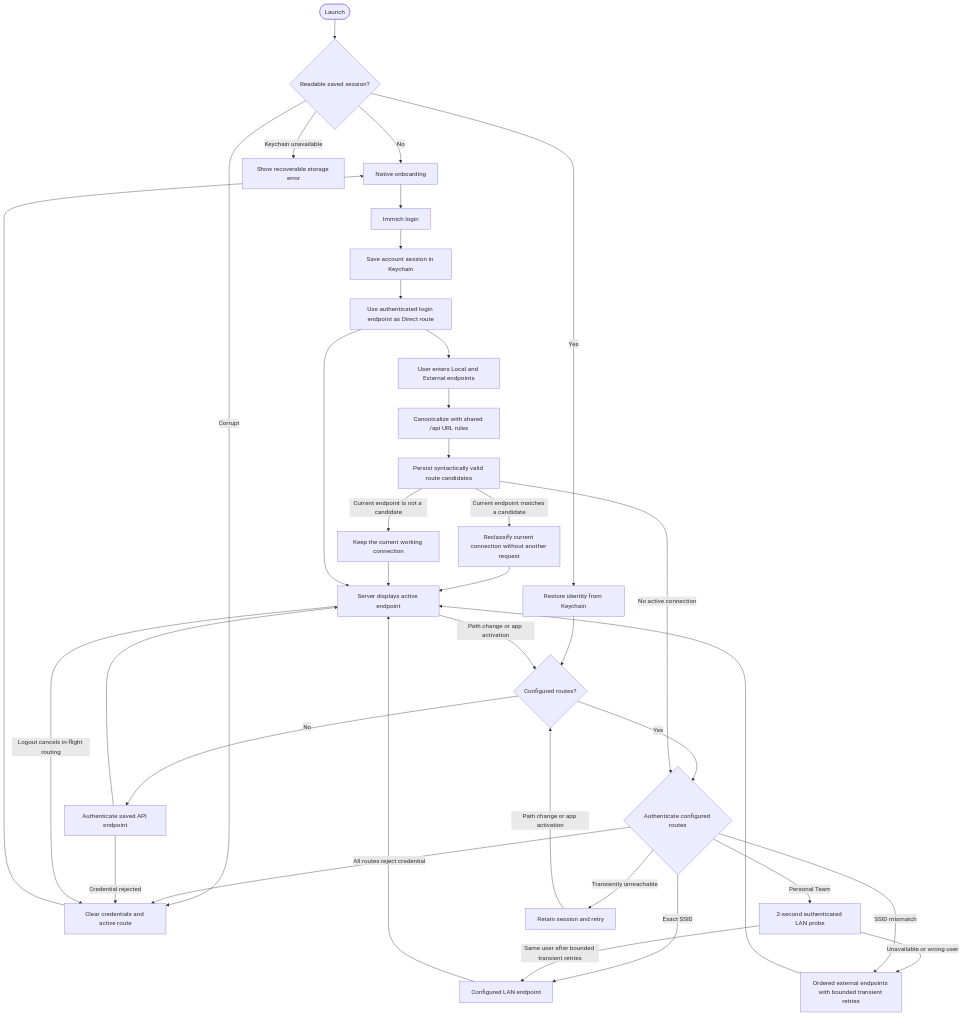
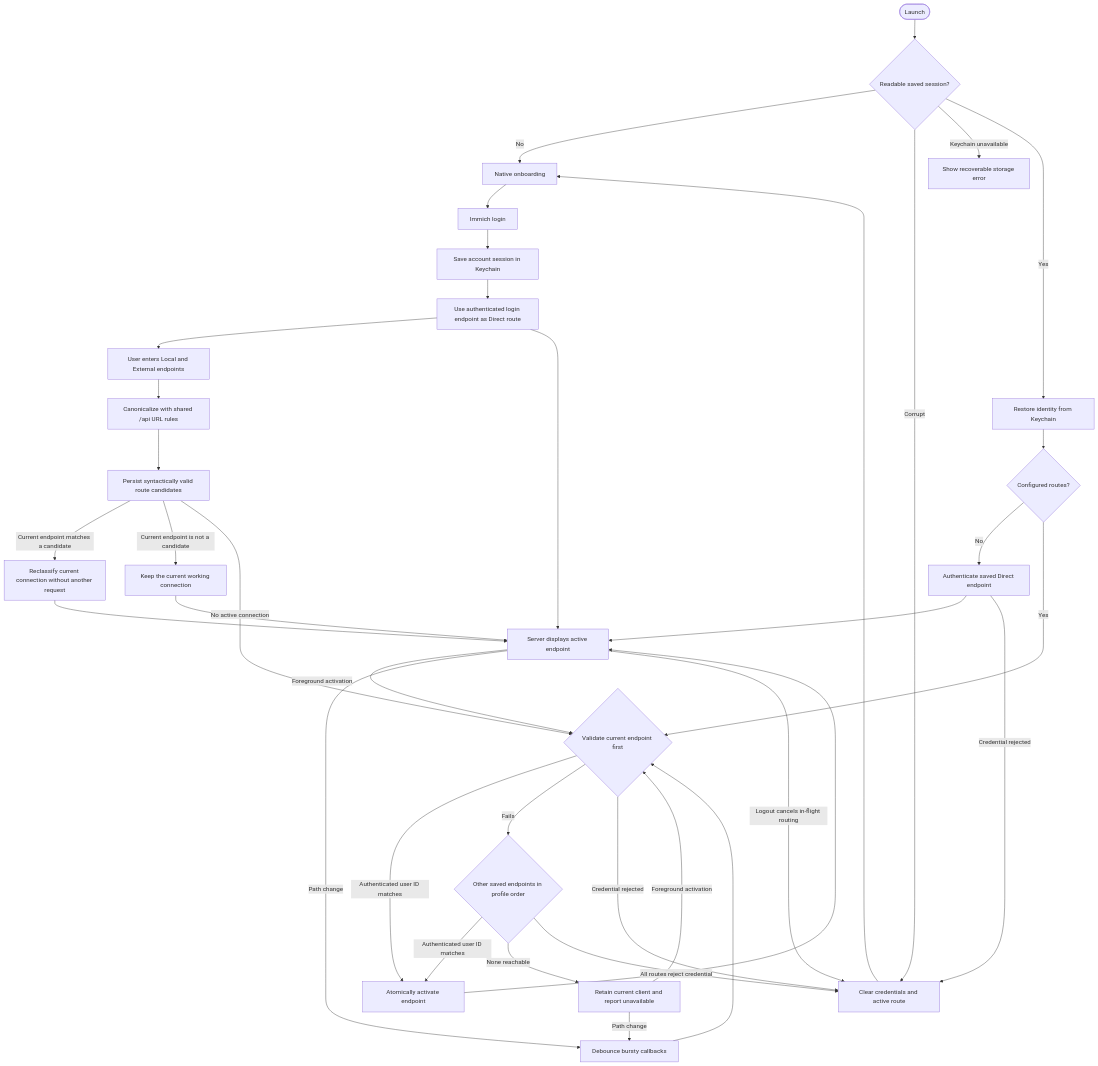
Before and after one commit to Ender-Wang/Remmich: the diagram in README.md, drawn with Mermaid. The commit also changed other lines of this file, not shown here.

Commit message:
docs: mark M2 routing as device-verified

````diff
--- a/README.md
+++ b/README.md
@@ -38,41 +38,42 @@
 ```mermaid
 flowchart TD
     Launch([Launch]) --> Session{Readable saved session?}
     Session -->|No| Onboarding[Native onboarding]
     Session -->|Corrupt| Purge[Clear credentials and active route]
     Session -->|Keychain unavailable| StorageError[Show recoverable storage error]
     Onboarding --> Login[Immich login]
     Session -->|Yes| Restore[Restore identity from Keychain]
     Login --> Save[Save account session in Keychain]
     Save --> Direct[Use authenticated login endpoint as Direct route]
     Restore --> Profile{Configured routes?}
 
-    Profile -->|No| RestoreDirect[Authenticate saved API endpoint]
-    Profile -->|Yes| Route{Authenticate configured routes}
+    Profile -->|No| RestoreDirect[Authenticate saved Direct endpoint]
+    Profile -->|Yes| Evaluate{Validate current endpoint first}
     Direct --> Configure[User enters Local and External endpoints]
     Configure --> Normalize[Canonicalize with shared /api URL rules]
     Normalize --> Persist[Persist syntactically valid route candidates]
     Persist -->|Current endpoint matches a candidate| Classify[Reclassify current connection without another request]
     Persist -->|Current endpoint is not a candidate| Keep[Keep the current working connection]
-    Persist -->|No active connection| Route
-    Classify --> Active
+    Persist -->|No active connection| Evaluate
+    Classify --> Active[Server displays active endpoint]
     Keep --> Active
     RestoreDirect --> Active
-    Route -->|Exact SSID| LAN[Configured LAN endpoint]
-    Route -->|Personal Team| Probe[2-second authenticated LAN probe]
-    Probe -->|Same user after bounded transient retries| LAN
-    Probe -->|Unavailable or wrong user| External[Ordered external endpoints with bounded transient retries]
-    Route -->|SSID mismatch| External
-    Route -->|Transiently unreachable| Offline[Retain session and retry]
-    Route -->|All routes reject credential| Purge
+    Evaluate -->|Authenticated user ID matches| Activate[Atomically activate endpoint]
+    Evaluate -->|Fails| Next{Other saved endpoints in profile order}
+    Next -->|Authenticated user ID matches| Activate
+    Next -->|None reachable| Offline[Retain current client and report unavailable]
+    Evaluate -->|Credential rejected| Purge
+    Next -->|All routes reject credential| Purge
+    Activate --> Active
     RestoreDirect -->|Credential rejected| Purge
 
-    Direct --> Active[Server displays active endpoint]
-    LAN --> Active
-    External --> Active
-    Active -->|Path change or app activation| Profile
-    Offline -->|Path change or app activation| Profile
+    Direct --> Active
+    Active -->|Foreground activation| Evaluate
+    Offline -->|Foreground activation| Evaluate
+    Active -->|Path change| Debounce[Debounce bursty callbacks]
+    Offline -->|Path change| Debounce
+    Debounce --> Evaluate
 
     Active -->|Logout cancels in-flight routing| Purge
     Purge --> Onboarding
 ```
````
